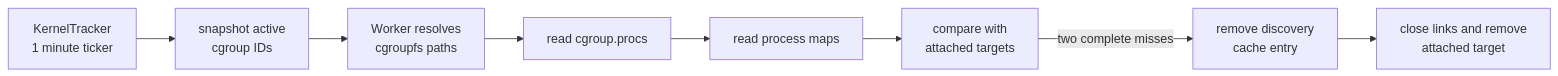
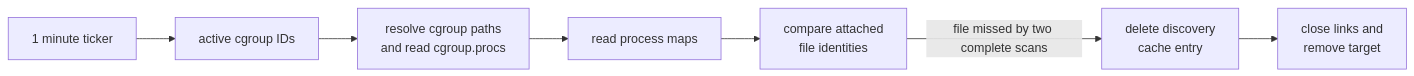
One commit to cicd-sensor/cicd-sensor changed the fourth of 4 diagrams in docs/developer-guide/ebpf/http-uprobes.md. Above: the diagram before and after it, drawn with Mermaid. The commit also changed other lines of this file and 36 other files, not shown here.

````diff
--- a/docs/developer-guide/ebpf/http-uprobes.md
+++ b/docs/developer-guide/ebpf/http-uprobes.md
@@ -254,14 +305,13 @@
 ```mermaid
 flowchart LR
-    TICK["KernelTracker<br/>1 minute ticker"]
-    IDS["snapshot active<br/>cgroup IDs"]
-    PATHS["Worker resolves<br/>cgroupfs paths"]
-    PIDS["read cgroup.procs"]
+    TICK["1 minute ticker"]
+    IDS["active cgroup IDs"]
+    PIDS["resolve cgroup paths<br/>and read cgroup.procs"]
     MAPS["read process maps"]
-    COMPARE["compare with<br/>attached targets"]
-    CACHE["remove discovery<br/>cache entry"]
-    CLOSE["close links and remove<br/>attached target"]
+    COMPARE["compare attached<br/>file identities"]
+    CACHE["delete discovery<br/>cache entry"]
+    CLOSE["close links and<br/>remove target"]
 
-    TICK --> IDS --> PATHS --> PIDS --> MAPS --> COMPARE
-    COMPARE -->|"two complete misses"| CACHE --> CLOSE
+    TICK --> IDS --> PIDS --> MAPS --> COMPARE
+    COMPARE -->|"file missed by two complete scans"| CACHE --> CLOSE
 ```
````
